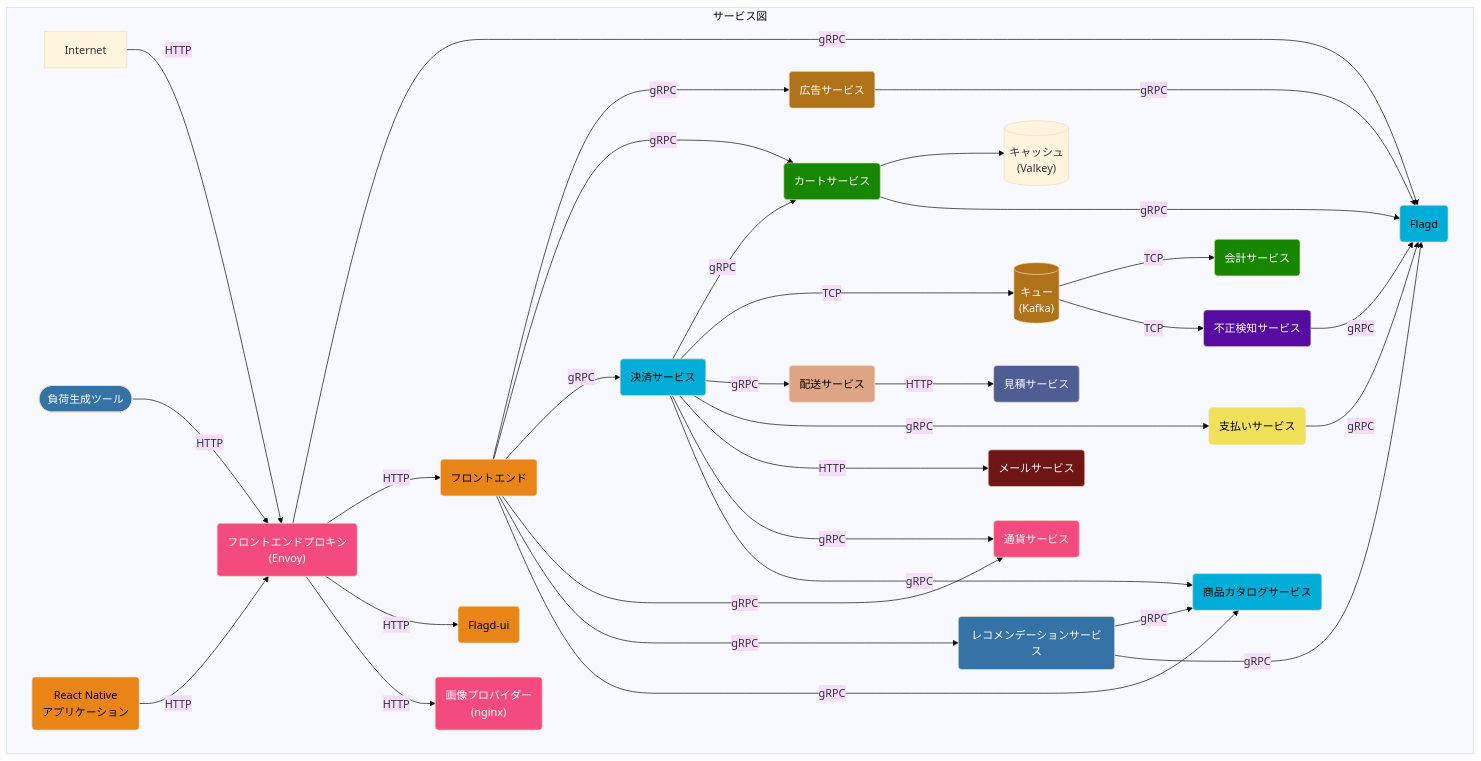
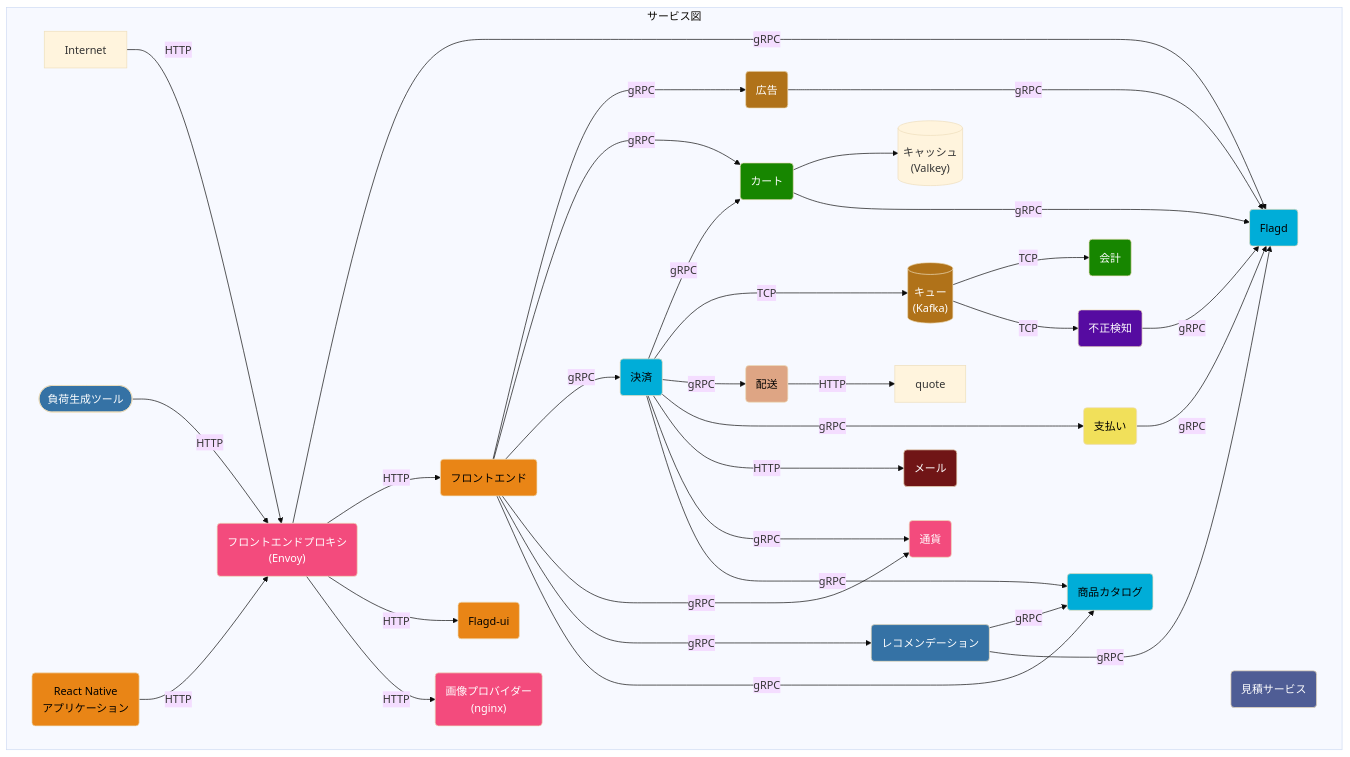
Before and after one commit to open-telemetry/opentelemetry.io: the first of 3 diagrams in content/ja/docs/demo/architecture.md, drawn with Mermaid (base theme). The commit also changed other lines of this file, not shown here.

Commit message:
fix drift of content/ja/docs/demo/architecture

````diff
--- a/content/ja/docs/demo/architecture.md
+++ b/content/ja/docs/demo/architecture.md
@@ -13,81 +12,81 @@
 ```mermaid
 graph TD
 subgraph サービス図
-accountingservice(会計サービス):::dotnet
-adservice(広告サービス):::java
+accounting(会計):::dotnet
+ad(広告):::java
 cache[(キャッシュ<br/>&#40Valkey&#41)]
-cartservice(カートサービス):::dotnet
-checkoutservice(決済サービス):::golang
-currencyservice(通貨サービス):::cpp
-emailservice(メールサービス):::ruby
+cart(カート):::dotnet
+checkout(決済):::golang
+currency(通貨):::cpp
+email(メール):::ruby
 flagd(Flagd):::golang
-flagdui(Flagd-ui):::typescript
-frauddetectionservice(不正検知サービス):::kotlin
+flagd-ui(Flagd-ui):::typescript
+fraud-detection(不正検知):::kotlin
 frontend(フロントエンド):::typescript
-frontendproxy(フロントエンドプロキシ <br/>&#40Envoy&#41):::cpp
-imageprovider(画像プロバイダー <br/>&#40nginx&#41):::cpp
-loadgenerator([負荷生成ツール]):::python
-paymentservice(支払いサービス):::javascript
-productcatalogservice(商品カタログサービス):::golang
+frontend-proxy(フロントエンドプロキシ <br/>&#40Envoy&#41):::cpp
+image-provider(画像プロバイダー <br/>&#40nginx&#41):::cpp
+load-generator([負荷生成ツール]):::python
+payment(支払い):::javascript
+product-catalog(商品カタログ):::golang
 quoteservice(見積サービス):::php
-recommendationservice(レコメンデーションサービス):::python
-shippingservice(配送サービス):::rust
+recommendation(レコメンデーション):::python
+shipping(配送):::rust
 queue[(キュー<br/>&#40Kafka&#41)]:::java
 react-native-app(React Native<br>アプリケーション):::typescript
 
-adservice ---->|gRPC| flagd
+ad ---->|gRPC| flagd
 
-checkoutservice -->|gRPC| cartservice
-checkoutservice --->|TCP| queue
-cartservice --> cache
-cartservice -->|gRPC| flagd
+checkout -->|gRPC| cart
+checkout --->|TCP| queue
+cart --> cache
+cart -->|gRPC| flagd
 
-checkoutservice -->|gRPC| shippingservice
-checkoutservice -->|gRPC| paymentservice
-checkoutservice --->|HTTP| emailservice
-checkoutservice -->|gRPC| currencyservice
-checkoutservice -->|gRPC| productcatalogservice
+checkout -->|gRPC| shipping
+checkout -->|gRPC| payment
+checkout --->|HTTP| email
+checkout -->|gRPC| currency
+checkout -->|gRPC| product-catalog
 
-frauddetectionservice -->|gRPC| flagd
+fraud-detection -->|gRPC| flagd
 
-frontend -->|gRPC| adservice
-frontend -->|gRPC| cartservice
-frontend -->|gRPC| checkoutservice
-frontend ---->|gRPC| currencyservice
-frontend ---->|gRPC| recommendationservice
-frontend -->|gRPC| productcatalogservice
+frontend -->|gRPC| ad
+frontend -->|gRPC| cart
+frontend -->|gRPC| checkout
+frontend ---->|gRPC| currency
+frontend ---->|gRPC| recommendation
+frontend -->|gRPC| product-catalog
 
-frontendproxy -->|gRPC| flagd
-frontendproxy -->|HTTP| frontend
-frontendproxy -->|HTTP| flagdui
-frontendproxy -->|HTTP| imageprovider
+frontend-proxy -->|gRPC| flagd
+frontend-proxy -->|HTTP| frontend
+frontend-proxy -->|HTTP| flagd-ui
+frontend-proxy -->|HTTP| image-provider
 
-Internet -->|HTTP| frontendproxy
+Internet -->|HTTP| frontend-proxy
 
-loadgenerator -->|HTTP| frontendproxy
+load-generator -->|HTTP| frontend-proxy
 
-paymentservice -->|gRPC| flagd
+payment -->|gRPC| flagd
 
-queue -->|TCP| accountingservice
-queue -->|TCP| frauddetectionservice
+queue -->|TCP| accounting
+queue -->|TCP| fraud-detection
 
-recommendationservice -->|gRPC| productcatalogservice
-recommendationservice -->|gRPC| flagd
+recommendation -->|gRPC| product-catalog
+recommendation -->|gRPC| flagd
 
-shippingservice -->|HTTP| quoteservice
+shipping -->|HTTP| quote
 
-react-native-app -->|HTTP| frontendproxy
+react-native-app -->|HTTP| frontend-proxy
 end
 
 classDef dotnet fill:#178600,color:white;
 classDef cpp fill:#f34b7d,color:white;
 classDef golang fill:#00add8,color:black;
 classDef java fill:#b07219,color:white;
 classDef javascript fill:#f1e05a,color:black;
 classDef kotlin fill:#560ba1,color:white;
 classDef php fill:#4f5d95,color:white;
 classDef python fill:#3572A5,color:white;
 classDef ruby fill:#701516,color:white;
 classDef rust fill:#dea584,color:black;
 classDef typescript fill:#e98516,color:black;
 ```
````
